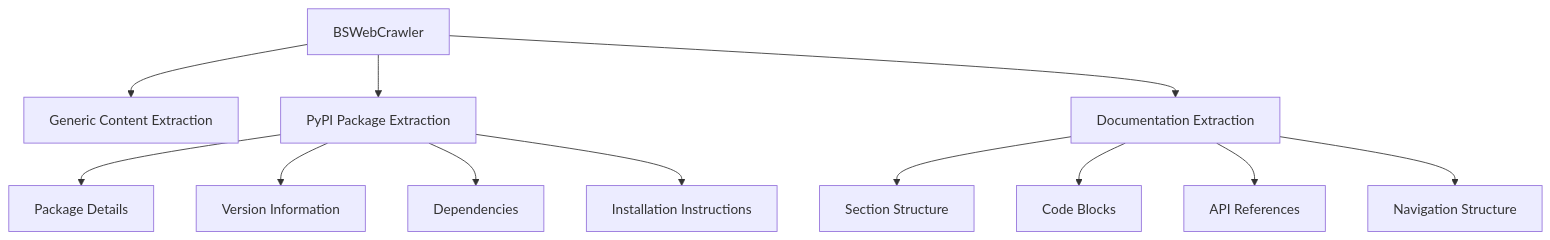
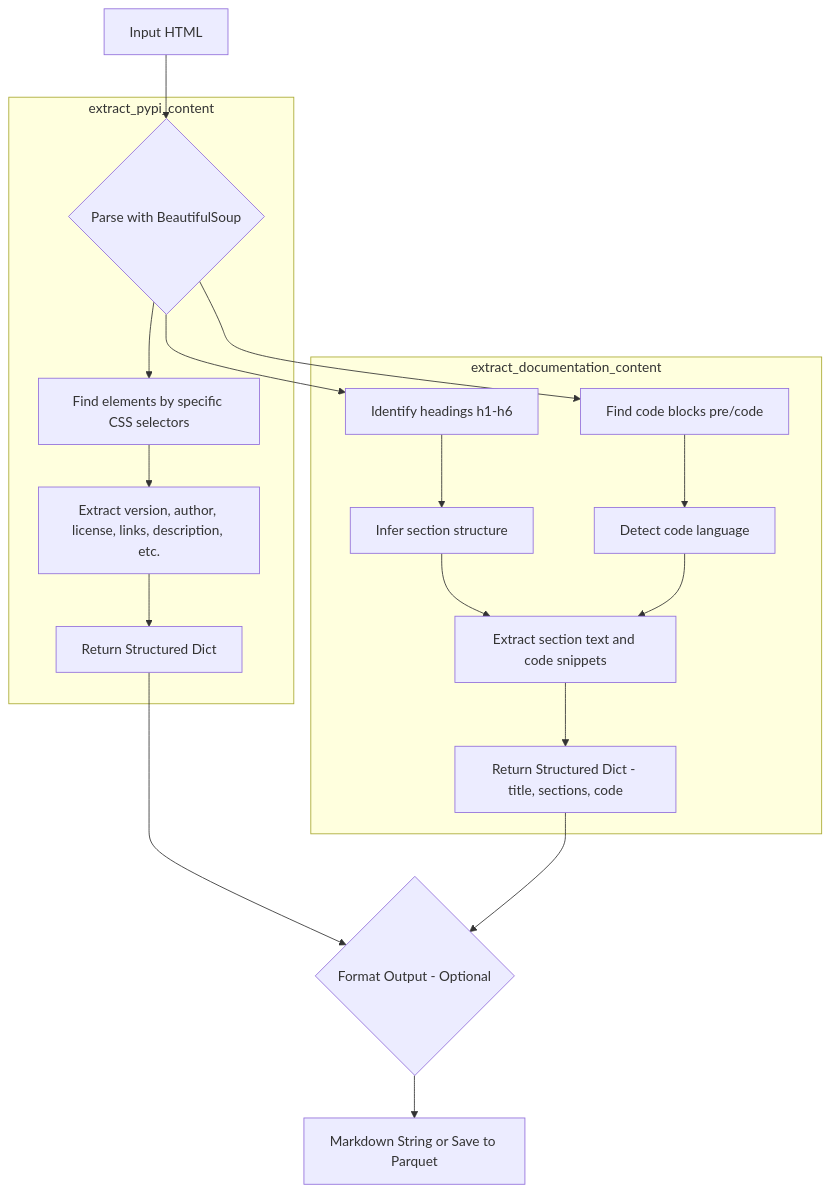
One commit to Ollama-Agent-Roll-Cage/oarc-crawlers changed diagram 20 of 25 in docs/Crawlers.md. Above: the diagram before and after it, drawn with Mermaid. The commit also changed other lines of this file and 9 other files, not shown here.

````diff
--- a/docs/Crawlers.md
+++ b/docs/Crawlers.md
@@ -642,16 +671,23 @@
 ```mermaid
-flowchart TB
-    A[BSWebCrawler] --> B[Generic Content Extraction]
-    A --> C[PyPI Package Extraction]
-    A --> D[Documentation Extraction]
-    
-    C --> E[Package Details]
-    C --> F[Version Information]
-    C --> G[Dependencies]
-    C --> H[Installation Instructions]
-    
-    D --> I[Section Structure]
-    D --> J[Code Blocks]
-    D --> K[API References]
-    D --> L[Navigation Structure]
+graph TB
+    A[Input HTML] --> B{Parse with BeautifulSoup}
+
+    subgraph PyPI_Extractor [extract_pypi_content]
+        B --> C[Find elements by specific CSS selectors]
+        C --> D[Extract version, author, license, links, description, etc.]
+        D --> E[Return Structured Dict]
+    end
+
+    subgraph Docs_Extractor [extract_documentation_content]
+        B --> F[Identify headings h1-h6]
+        F --> G[Infer section structure]
+        B --> H[Find code blocks pre/code]
+        H --> I[Detect code language]
+        G & I --> J[Extract section text and code snippets]
+        J --> K[Return Structured Dict - title, sections, code]
+    end
+
+    E --> L{Format Output - Optional}
+    K --> L
+    L --> M[Markdown String or Save to Parquet]
 ```
````
